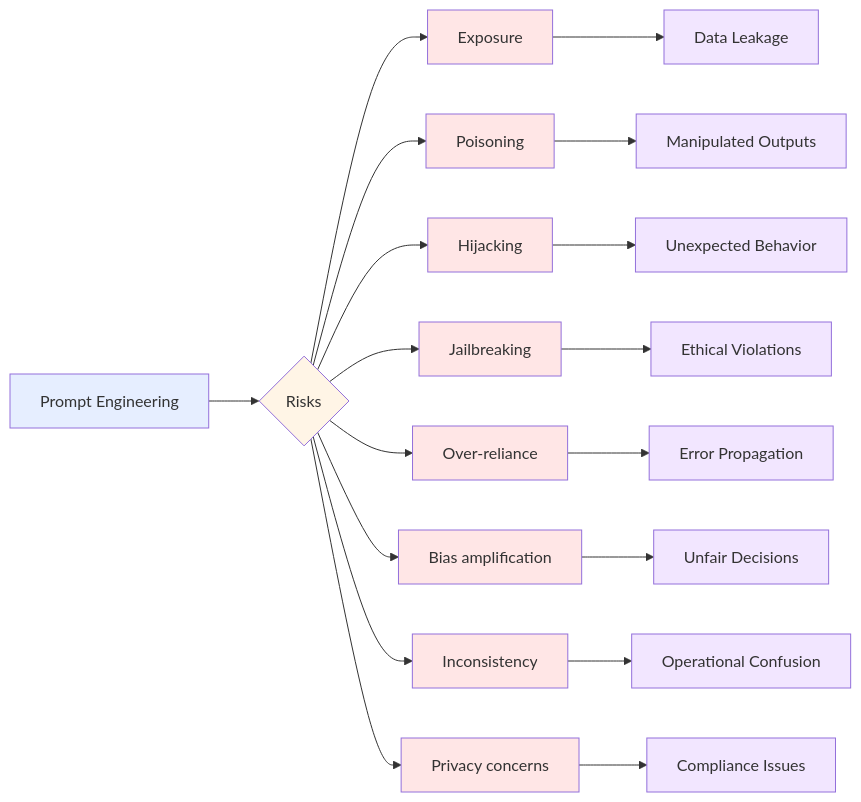
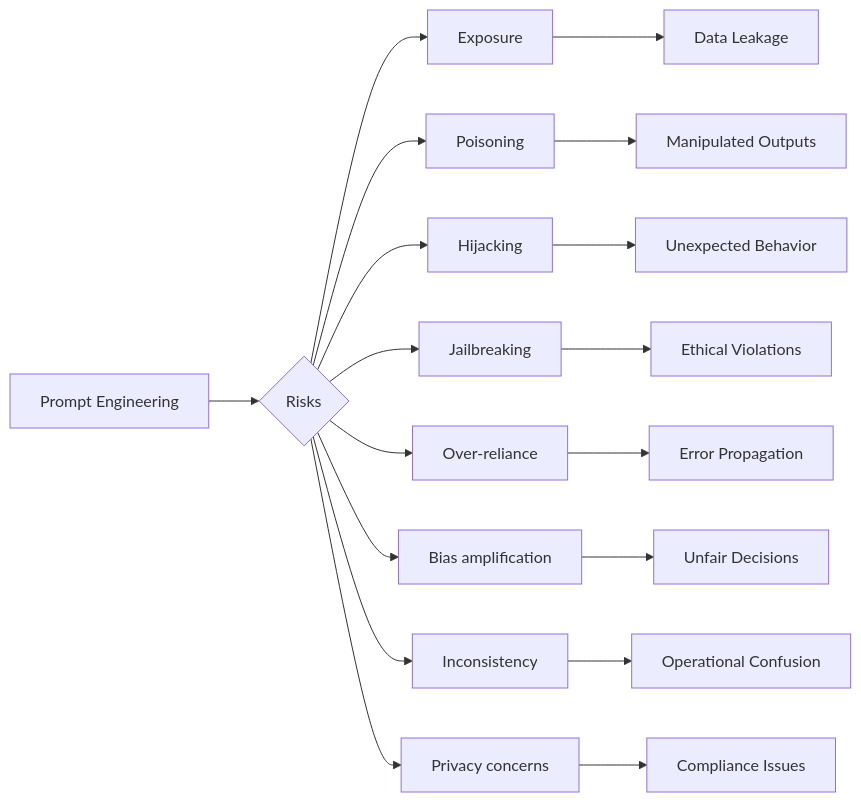
The fourth of 4 diagrams in english/30_20_Prompt_engineering.md (CloudCityPress/aws-aif-c01), drawn with Mermaid before and after one commit. The commit also changed other lines of this file and 16 other files, not shown here.

Commit message:
updating Mermaids

````diff
--- a/english/30_20_Prompt_engineering.md
+++ b/english/30_20_Prompt_engineering.md
@@ -215,38 +204,21 @@
 ```mermaid
 flowchart LR
     A[Prompt Engineering] --> B{Risks}
     B --> C[Exposure]
     B --> D[Poisoning]
     B --> E[Hijacking]
     B --> F[Jailbreaking]
     B --> G[Over-reliance]
     B --> H[Bias amplification]
     B --> I[Inconsistency]
     B --> J[Privacy concerns]
     C --> K[Data Leakage]
     D --> L[Manipulated Outputs]
     E --> M[Unexpected Behavior]
     F --> N[Ethical Violations]
     G --> O[Error Propagation]
     H --> P[Unfair Decisions]
     I --> Q[Operational Confusion]
     J --> R[Compliance Issues]
-    style A fill:#e6eeff
-    style B fill:#fff5e6
-    style C fill:#ffe6e6
-    style D fill:#ffe6e6
-    style E fill:#ffe6e6
-    style F fill:#ffe6e6
-    style G fill:#ffe6e6
-    style H fill:#ffe6e6
-    style I fill:#ffe6e6
-    style J fill:#ffe6e6
-    style K fill:#f2e6ff
-    style L fill:#f2e6ff
-    style M fill:#f2e6ff
-    style N fill:#f2e6ff
-    style O fill:#f2e6ff
-    style P fill:#f2e6ff
-    style Q fill:#f2e6ff
-    style R fill:#f2e6ff
+
 ```
````
